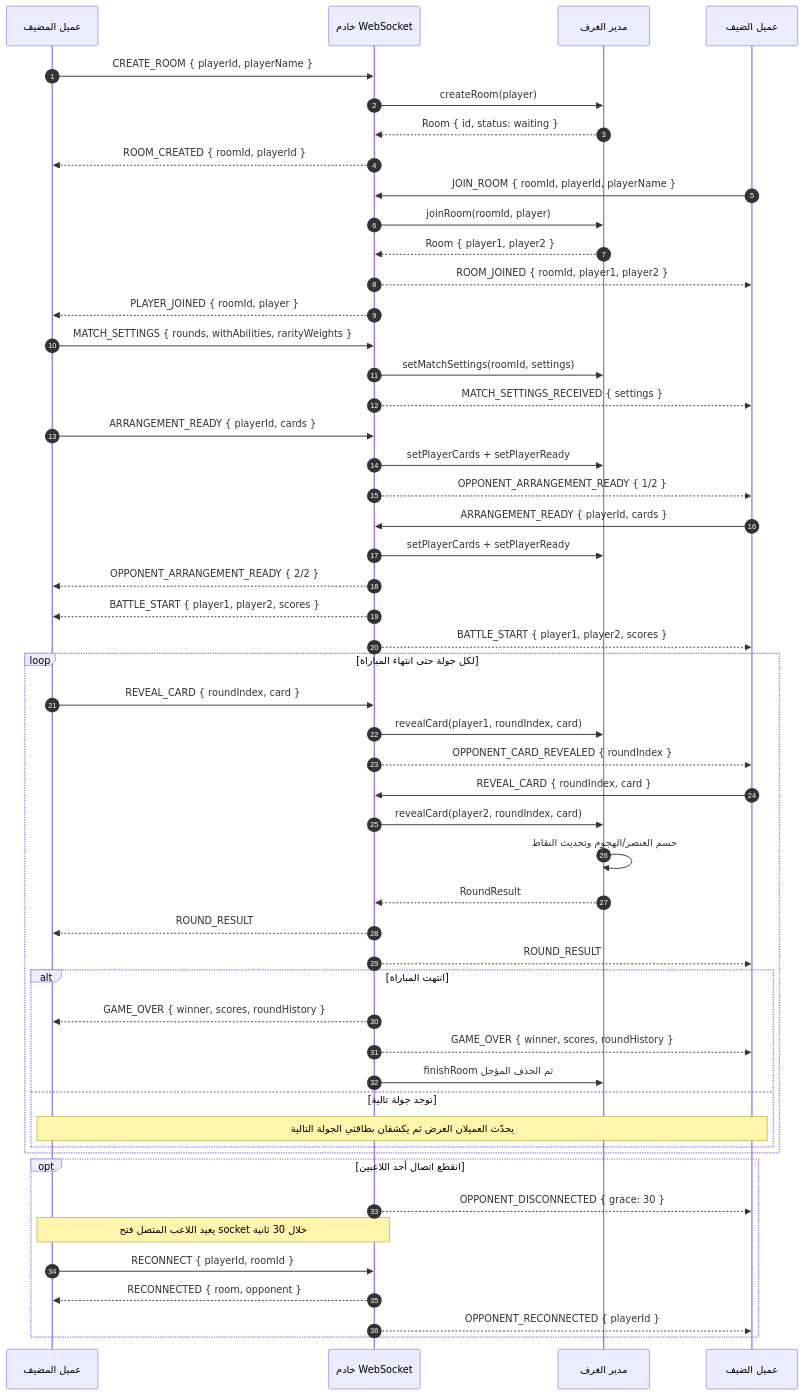
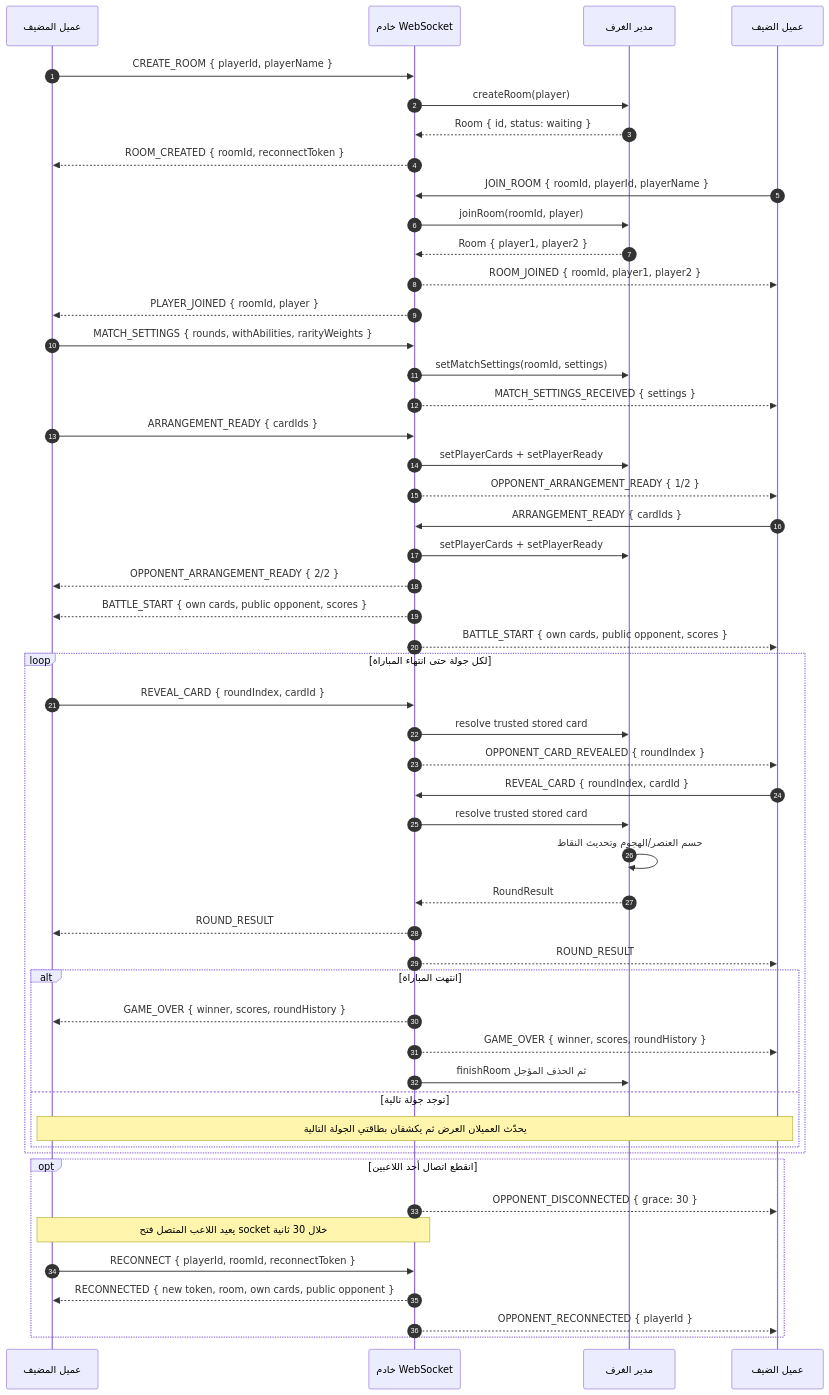
One commit to 3thelast-glitch/CardClash changed the diagram in CardClash/docs/MULTIPLAYER_BATTLE_SEQUENCE.md. Above: the diagram before and after it, drawn with Mermaid. The commit also changed other lines of this file and 24 other files, not shown here.

````diff
--- a/CardClash/docs/MULTIPLAYER_BATTLE_SEQUENCE.md
+++ b/CardClash/docs/MULTIPLAYER_BATTLE_SEQUENCE.md
@@ -5,62 +5,62 @@
 ```mermaid
 sequenceDiagram
     autonumber
     participant H as عميل المضيف
     participant S as خادم WebSocket
     participant R as مدير الغرف
     participant G as عميل الضيف
 
     H->>S: CREATE_ROOM { playerId, playerName }
     S->>R: createRoom(player)
     R-->>S: Room { id, status: waiting }
-    S-->>H: ROOM_CREATED { roomId, playerId }
+    S-->>H: ROOM_CREATED { roomId, reconnectToken }
 
     G->>S: JOIN_ROOM { roomId, playerId, playerName }
     S->>R: joinRoom(roomId, player)
     R-->>S: Room { player1, player2 }
     S-->>G: ROOM_JOINED { roomId, player1, player2 }
     S-->>H: PLAYER_JOINED { roomId, player }
 
     H->>S: MATCH_SETTINGS { rounds, withAbilities, rarityWeights }
     S->>R: setMatchSettings(roomId, settings)
     S-->>G: MATCH_SETTINGS_RECEIVED { settings }
 
-    H->>S: ARRANGEMENT_READY { playerId, cards }
+    H->>S: ARRANGEMENT_READY { cardIds }
     S->>R: setPlayerCards + setPlayerReady
     S-->>G: OPPONENT_ARRANGEMENT_READY { 1/2 }
 
-    G->>S: ARRANGEMENT_READY { playerId, cards }
+    G->>S: ARRANGEMENT_READY { cardIds }
     S->>R: setPlayerCards + setPlayerReady
     S-->>H: OPPONENT_ARRANGEMENT_READY { 2/2 }
-    S-->>H: BATTLE_START { player1, player2, scores }
-    S-->>G: BATTLE_START { player1, player2, scores }
+    S-->>H: BATTLE_START { own cards, public opponent, scores }
+    S-->>G: BATTLE_START { own cards, public opponent, scores }
 
     loop لكل جولة حتى انتهاء المباراة
-        H->>S: REVEAL_CARD { roundIndex, card }
-        S->>R: revealCard(player1, roundIndex, card)
+        H->>S: REVEAL_CARD { roundIndex, cardId }
+        S->>R: resolve trusted stored card
         S-->>G: OPPONENT_CARD_REVEALED { roundIndex }
 
-        G->>S: REVEAL_CARD { roundIndex, card }
-        S->>R: revealCard(player2, roundIndex, card)
+        G->>S: REVEAL_CARD { roundIndex, cardId }
+        S->>R: resolve trusted stored card
         R->>R: حسم العنصر/الهجوم وتحديث النقاط
         R-->>S: RoundResult
         S-->>H: ROUND_RESULT
         S-->>G: ROUND_RESULT
 
         alt انتهت المباراة
             S-->>H: GAME_OVER { winner, scores, roundHistory }
             S-->>G: GAME_OVER { winner, scores, roundHistory }
             S->>R: finishRoom ثم الحذف المؤجل
         else توجد جولة تالية
             Note over H,G: يحدّث العميلان العرض ثم يكشفان بطاقتي الجولة التالية
         end
     end
 
     opt انقطع اتصال أحد اللاعبين
         S-->>G: OPPONENT_DISCONNECTED { grace: 30 }
         Note over H,S: يعيد اللاعب المتصل فتح socket خلال 30 ثانية
-        H->>S: RECONNECT { playerId, roomId }
-        S-->>H: RECONNECTED { room, opponent }
+        H->>S: RECONNECT { playerId, roomId, reconnectToken }
+        S-->>H: RECONNECTED { new token, room, own cards, public opponent }
         S-->>G: OPPONENT_RECONNECTED { playerId }
     end
 ```
````
